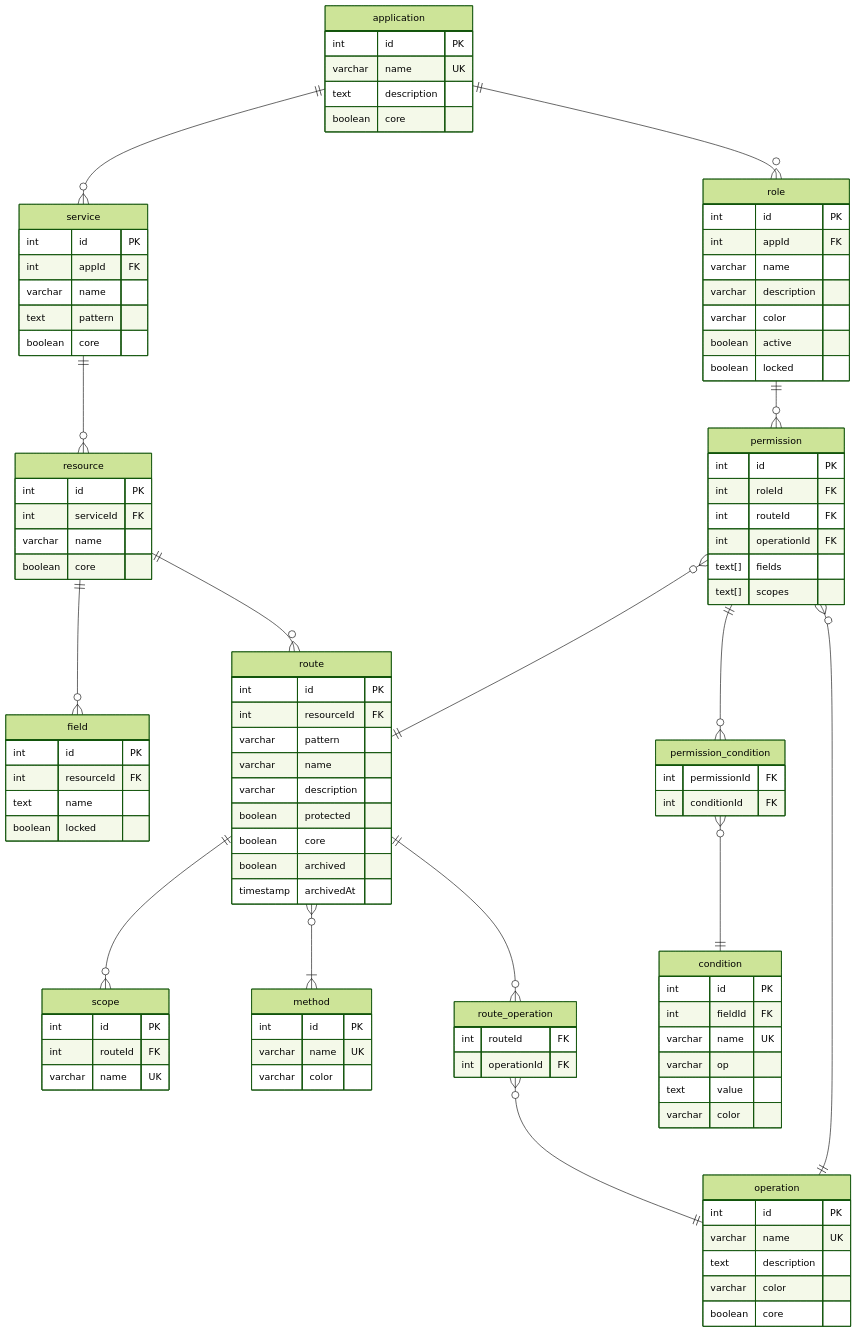
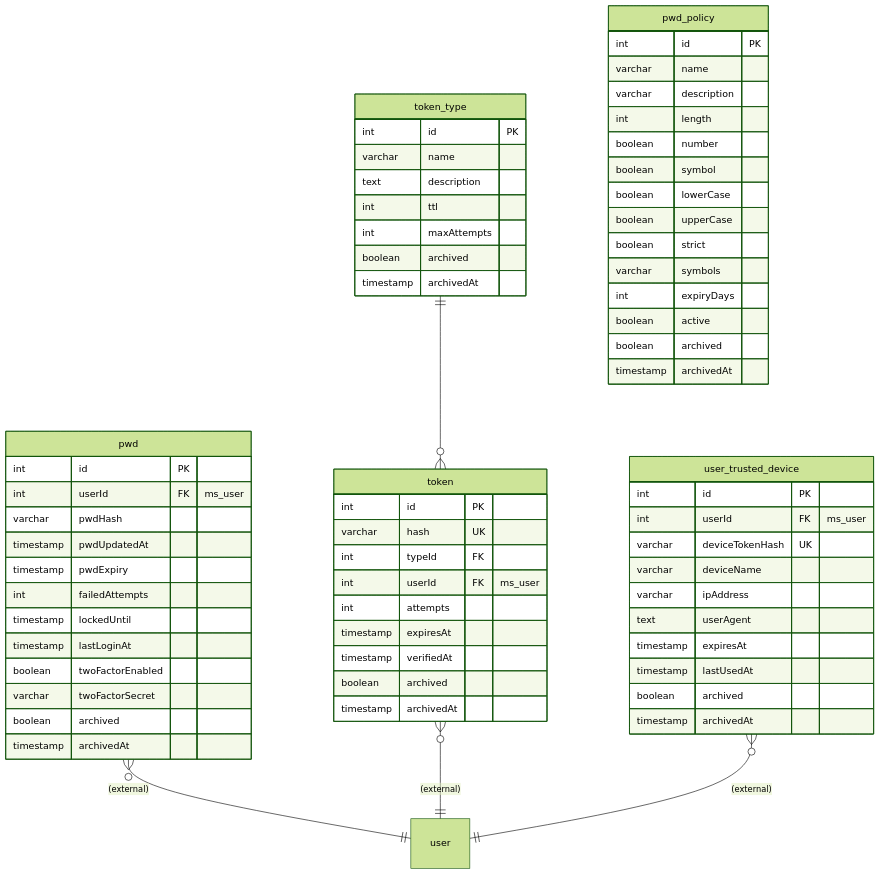
The first of 2 diagrams in doc/erd.md (ALTEN-group/Foxnox), drawn with Mermaid (forest theme) before and after one commit. The commit also changed other lines of this file and 166 other files, not shown here.

````diff
--- a/doc/erd.md
+++ b/doc/erd.md
@@ -3,121 +3,83 @@
 ```mermaid
 ---
-caption: Entity Relationship Diagram - Routes & ACL
+caption: Entity Relationship Diagram - Password, Tokens & Trusted Devices
 ---
 
 erDiagram
 
-  application ||--o{ service : ""
-  application ||--o{ role : ""
-  service ||--o{ resource : ""
-  role ||--o{ permission : ""
-  resource ||--o{ field : ""
-  resource ||--o{ route : ""
-  route ||--o{ scope : ""
-  route }o--|{ method : ""
-  route ||--o{ route_operation : ""
-  route_operation }o--|| operation : ""
+  pwd }o--|| user : "(external)"
+  token_type ||--o{ token : ""
+  token }o--|| user : "(external)"
+  user_trusted_device }o--|| user : "(external)"
 
-  permission }o--|| route : ""
-  permission }o--|| operation : ""
-  permission ||--o{ permission_condition : ""
-  permission_condition }o--|| condition : ""
-
-  route_operation {
-    int routeId FK
-    int operationId FK
-  }
-  application {
+  pwd {
     int id PK
-    varchar name UK
-    text description
-    boolean core
-  }
-
-  role {
-    int id PK
-    int appId FK
-    varchar name
-    varchar description
-    varchar color
-    boolean active
-    boolean locked
-  }
-
-  permission {
-    int id PK
-    int roleId FK
-    int routeId FK
-    int operationId FK
-    text[] fields
-    text[] scopes
-  }
-
-  permission_condition {
-    int permissionId FK
-    int conditionId FK
-  }
-
-  condition {
-    int id PK
-    int fieldId FK
-    varchar name UK
-    varchar op
-    text value
-    varchar color
-  }
-
-  service {
-    int id PK
-    int appId FK
-    varchar name
-    text pattern
-    boolean core
-  }
-
-  resource {
-    int id PK
-    int serviceId FK
-    varchar name
-    boolean core
-  }
-
-  route {
-    int id PK
-    int resourceId FK
-    varchar pattern
-    varchar name
-    varchar description
-    boolean protected
-    boolean core
+    int userId FK "ms_user"
+    varchar pwdHash
+    timestamp pwdUpdatedAt
+    timestamp pwdExpiry
+    int failedAttempts
+    timestamp lockedUntil
+    timestamp lastLoginAt
+    boolean twoFactorEnabled
+    varchar twoFactorSecret
     boolean archived
     timestamp archivedAt
   }
 
-  method {
+  pwd_policy {
     int id PK
-    varchar name UK
-    varchar color
+    varchar name
+    varchar description
+    int length
+    boolean number
+    boolean symbol
+    boolean lowerCase
+    boolean upperCase
+    boolean strict
+    varchar symbols
+    int expiryDays
+    boolean active
+    boolean archived
+    timestamp archivedAt
   }
 
-  operation {
+  token_type {
     int id PK
-    varchar name UK
+    varchar name
     text description
-    varchar color
-    boolean core
+    int ttl
+    int maxAttempts
+    boolean archived
+    timestamp archivedAt
   }
 
-  field {
+  token {
     int id PK
-    int resourceId FK
-    text name
-    boolean locked
+    varchar hash UK
+    int typeId FK
+    int userId FK "ms_user"
+    int attempts
+    timestamp expiresAt
+    timestamp verifiedAt
+    boolean archived
+    timestamp archivedAt
   }
 
-  scope {
+  user_trusted_device {
     int id PK
-    int routeId FK
-    varchar name UK
+    int userId FK "ms_user"
+    varchar deviceTokenHash UK
+    varchar deviceName
+    varchar ipAddress
+    text userAgent
+    timestamp expiresAt
+    timestamp lastUsedAt
+    boolean archived
+    timestamp archivedAt
+  }
+
+  user {
+
   }
 ```
````
